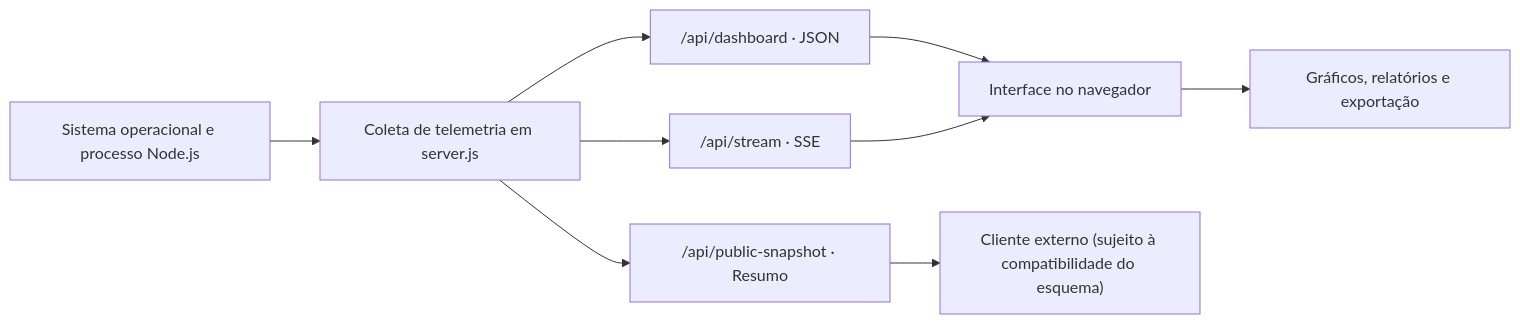
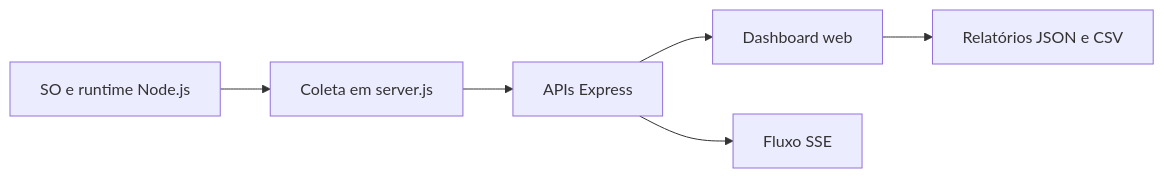
One commit to theroven79-droid/DASHBOARD-MONITORAMENTO changed the diagram in README.md. Above: the diagram before and after it, drawn with Mermaid. The commit also changed other lines of this file, not shown here.

````diff
--- a/README.md
+++ b/README.md
@@ -173,11 +24,8 @@
 ```mermaid
 flowchart LR
-    A["Sistema operacional e processo Node.js"] --> B["Coleta de telemetria em server.js"]
-    B --> C["/api/dashboard · JSON"]
-    B --> D["/api/stream · SSE"]
-    B --> E["/api/public-snapshot · Resumo"]
-    C --> F["Interface no navegador"]
-    D --> F
-    E --> G["Cliente externo (sujeito à compatibilidade do esquema)"]
-    F --> H["Gráficos, relatórios e exportação"]
+    A[SO e runtime Node.js] --> B[Coleta em server.js]
+    B --> C[APIs Express]
+    C --> D[Dashboard web]
+    C --> E[Fluxo SSE]
+    D --> F[Relatórios JSON e CSV]
 ```
````
